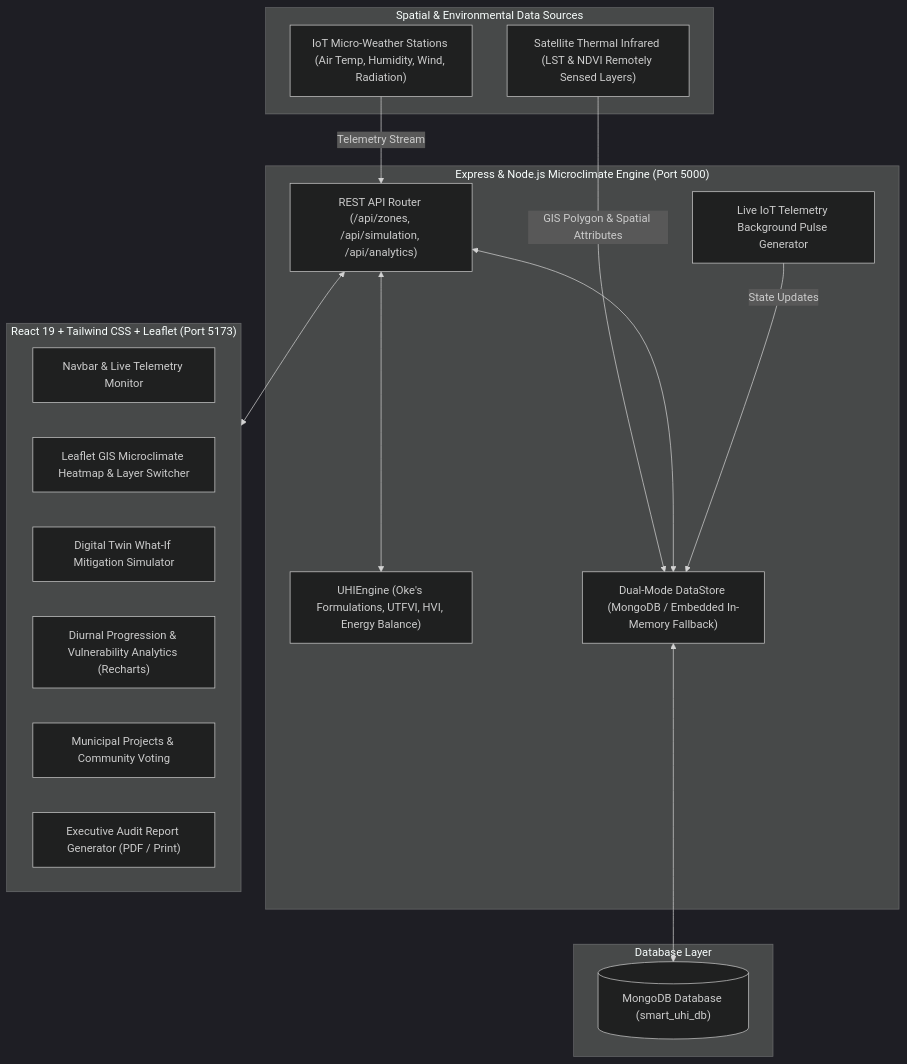
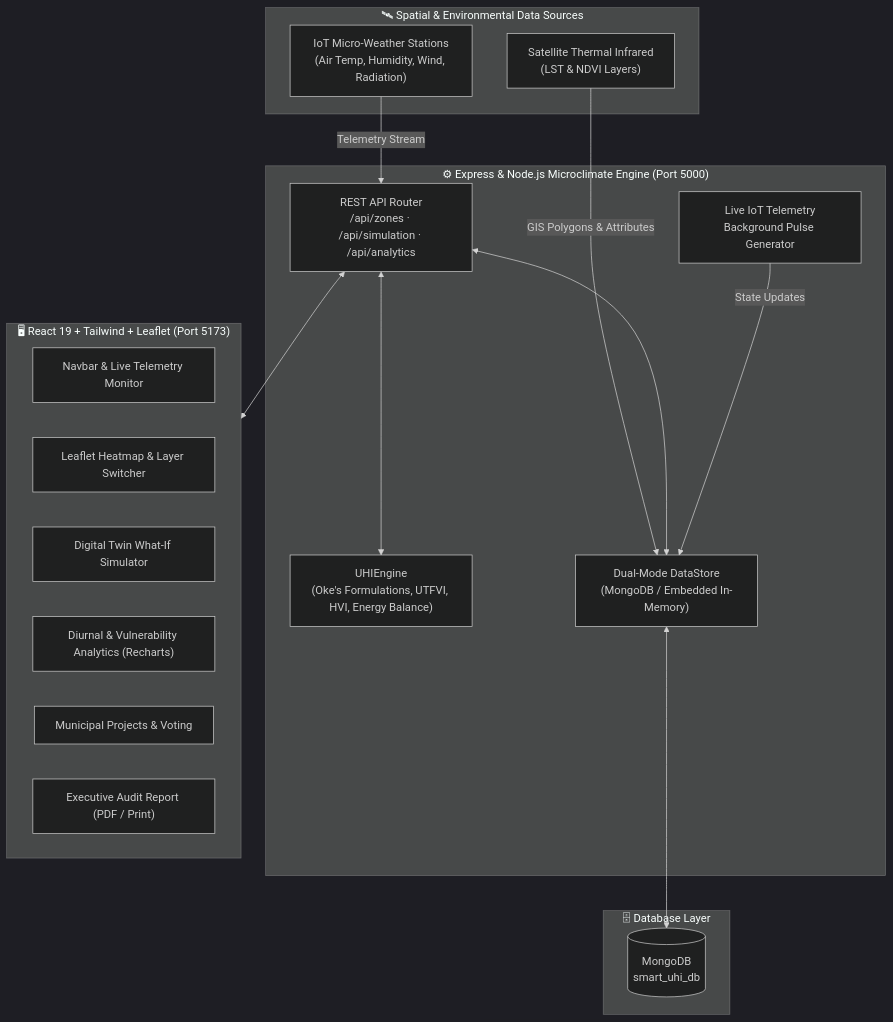
One commit to Fullstackfox-byte/ThermaMap changed the diagram in README.md. Above: the diagram before and after it, drawn with Mermaid (dark theme). The commit also changed other lines of this file, not shown here.

````diff
--- a/README.md
+++ b/README.md
@@ -23,35 +98,35 @@
 ```mermaid
 flowchart TD
-    subgraph IoT_GIS["Spatial & Environmental Data Sources"]
-        S1["IoT Micro-Weather Stations (Air Temp, Humidity, Wind, Radiation)"]
-        S2["Satellite Thermal Infrared (LST & NDVI Remotely Sensed Layers)"]
+    subgraph IoT_GIS["🛰 Spatial & Environmental Data Sources"]
+        S1["IoT Micro-Weather Stations<br/>(Air Temp, Humidity, Wind, Radiation)"]
+        S2["Satellite Thermal Infrared<br/>(LST & NDVI Layers)"]
     end
 
-    subgraph Backend_Engine["Express & Node.js Microclimate Engine (Port 5000)"]
-        API["REST API Router (/api/zones, /api/simulation, /api/analytics)"]
-        ENGINE["UHIEngine (Oke's Formulations, UTFVI, HVI, Energy Balance)"]
-        TICKER["Live IoT Telemetry Background Pulse Generator"]
-        DATASTORE["Dual-Mode DataStore (MongoDB / Embedded In-Memory Fallback)"]
+    subgraph Backend_Engine["⚙ Express & Node.js Microclimate Engine (Port 5000)"]
+        API["REST API Router<br/>/api/zones · /api/simulation · /api/analytics"]
+        ENGINE["UHIEngine<br/>(Oke's Formulations, UTFVI, HVI, Energy Balance)"]
+        TICKER["Live IoT Telemetry<br/>Background Pulse Generator"]
+        DATASTORE["Dual-Mode DataStore<br/>(MongoDB / Embedded In-Memory)"]
     end
 
-    subgraph Database["Database Layer"]
-        MONGO[("MongoDB Database (smart_uhi_db)")]
+    subgraph Database["🗄 Database Layer"]
+        MONGO[("MongoDB<br/>smart_uhi_db")]
     end
 
-    subgraph Frontend["React 19 + Tailwind CSS + Leaflet (Port 5173)"]
+    subgraph Frontend["🖥 React 19 + Tailwind + Leaflet (Port 5173)"]
         NAV["Navbar & Live Telemetry Monitor"]
-        MAP["Leaflet GIS Microclimate Heatmap & Layer Switcher"]
-        SIM["Digital Twin What-If Mitigation Simulator"]
-        CHART["Diurnal Progression & Vulnerability Analytics (Recharts)"]
-        KANBAN["Municipal Projects & Community Voting"]
-        MODAL["Executive Audit Report Generator (PDF / Print)"]
+        MAP["Leaflet Heatmap & Layer Switcher"]
+        SIM["Digital Twin What-If Simulator"]
+        CHART["Diurnal & Vulnerability Analytics (Recharts)"]
+        KANBAN["Municipal Projects & Voting"]
+        MODAL["Executive Audit Report (PDF / Print)"]
     end
 
     S1 -->|Telemetry Stream| API
-    S2 -->|GIS Polygon & Spatial Attributes| DATASTORE
+    S2 -->|GIS Polygons & Attributes| DATASTORE
     API <--> ENGINE
     API <--> DATASTORE
     DATASTORE <--> MONGO
     TICKER -->|State Updates| DATASTORE
     API <--> Frontend
 ```
````
